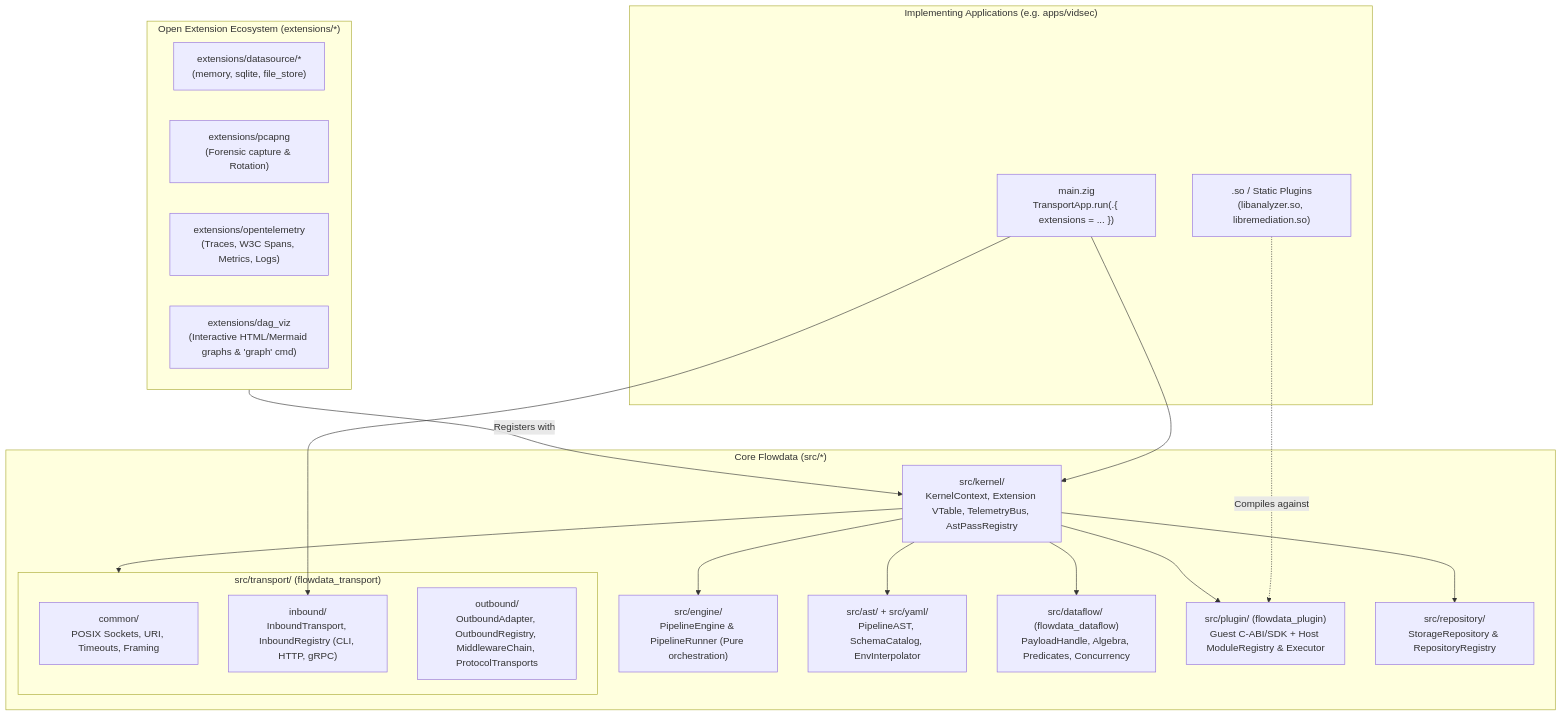
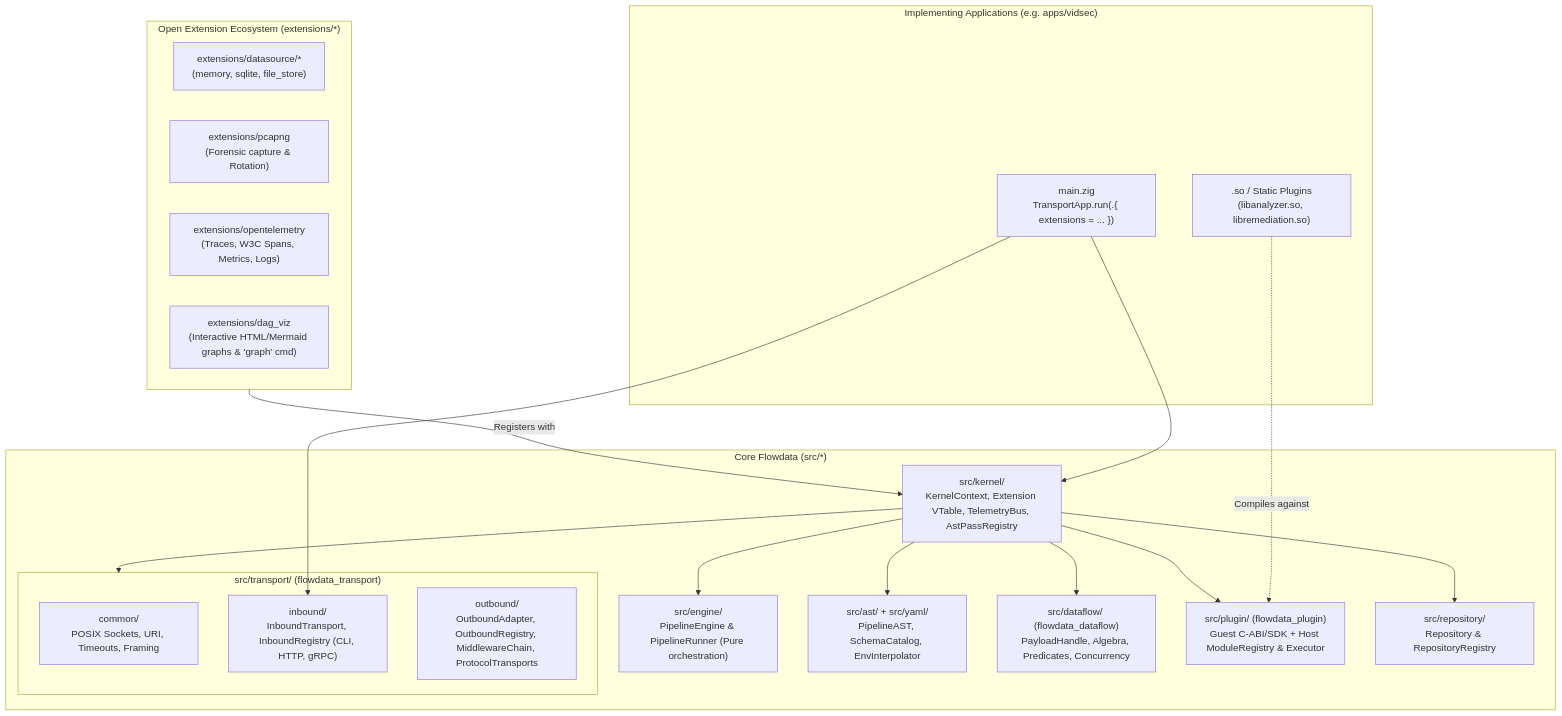
The first of 2 diagrams in docs/development/000-architecture-roadmap.md (g-gar/vidsec), drawn with Mermaid before and after one commit. The commit also changed other lines of this file and 8 other files, not shown here.

Commit message:
refactor StorageRepository to Repository and add/update tasks

````diff
--- a/docs/development/000-architecture-roadmap.md
+++ b/docs/development/000-architecture-roadmap.md
@@ -25,34 +25,34 @@
 ```mermaid
 flowchart TB
     subgraph Apps["Implementing Applications (e.g. apps/vidsec)"]
         AppMain["main.zig<br/>TransportApp.run(.{ extensions = ... })"]
         AppPlugins[".so / Static Plugins<br/>(libanalyzer.so, libremediation.so)"]
     end
 
     subgraph Extensions["Open Extension Ecosystem (extensions/*)"]
         ExtDS["extensions/datasource/*<br/>(memory, sqlite, file_store)"]
         ExtPcap["extensions/pcapng<br/>(Forensic capture & Rotation)"]
         ExtOTel["extensions/opentelemetry<br/>(Traces, W3C Spans, Metrics, Logs)"]
         ExtDag["extensions/dag_viz<br/>(Interactive HTML/Mermaid graphs & 'graph' cmd)"]
     end
 
     subgraph FlowdataCore["Core Flowdata (src/*)"]
         Kernel["src/kernel/<br/>KernelContext, Extension VTable, TelemetryBus, AstPassRegistry"]
         Engine["src/engine/<br/>PipelineEngine & PipelineRunner (Pure orchestration)"]
         AST["src/ast/ + src/yaml/<br/>PipelineAST, SchemaCatalog, EnvInterpolator"]
         Dataflow["src/dataflow/ (flowdata_dataflow)<br/>PayloadHandle, Algebra, Predicates, Concurrency"]
         Plugin["src/plugin/ (flowdata_plugin)<br/>Guest C-ABI/SDK + Host ModuleRegistry & Executor"]
-        Repo["src/repository/<br/>StorageRepository & RepositoryRegistry"]
+        Repo["src/repository/<br/>Repository & RepositoryRegistry"]
         subgraph Transport["src/transport/ (flowdata_transport)"]
             TCommon["common/<br/>POSIX Sockets, URI, Timeouts, Framing"]
             TInbound["inbound/<br/>InboundTransport, InboundRegistry (CLI, HTTP, gRPC)"]
             TOutbound["outbound/<br/>OutboundAdapter, OutboundRegistry, MiddlewareChain, ProtocolTransports"]
         end
     end
 
     AppMain --> TInbound
     AppMain --> Kernel
     AppPlugins -.->|"Compiles against"| Plugin
     Extensions -->|"Registers with"| Kernel
     Kernel --> Engine & AST & Dataflow & Plugin & Repo & Transport
 ```
````
